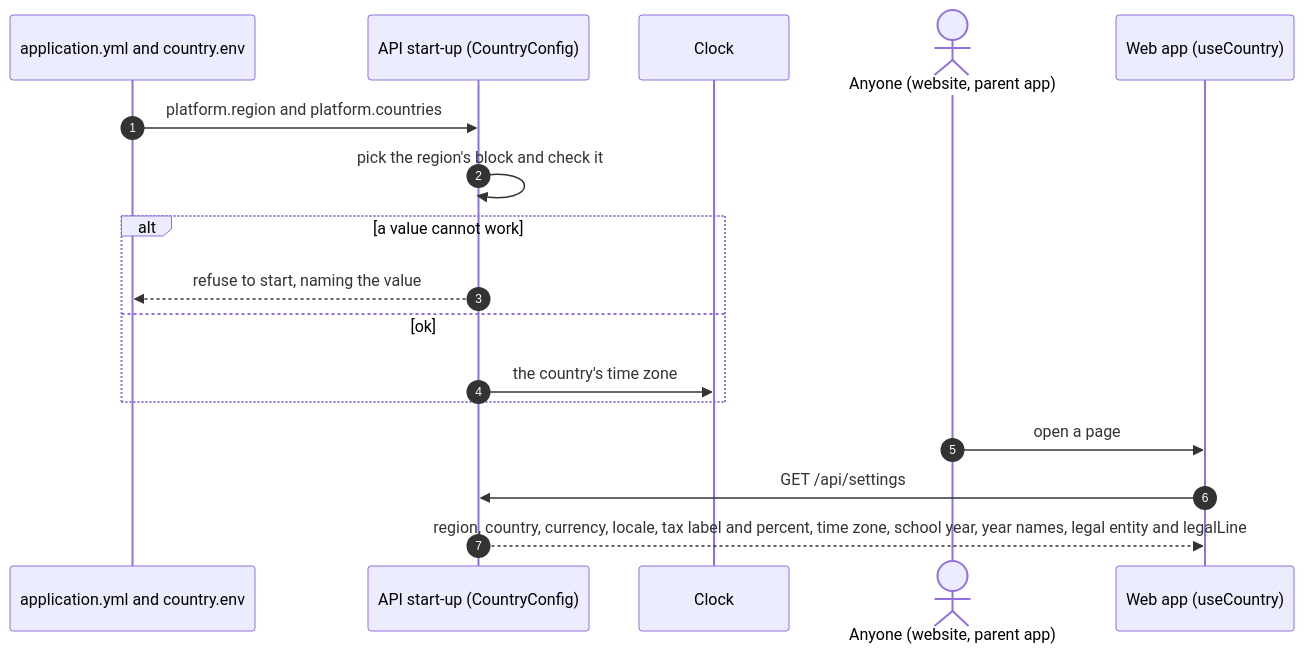
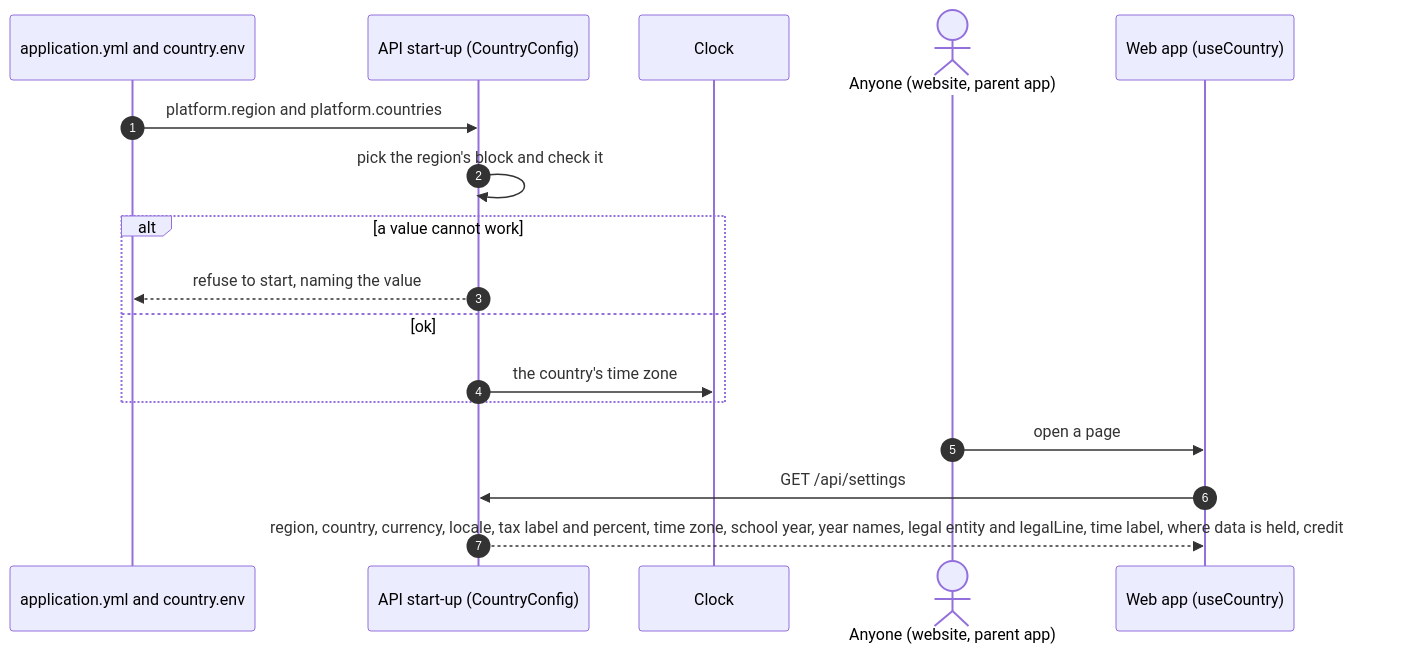
Before and after one commit to ersagarnikam/MoterMoversPlatform: the fourth of 4 diagrams in docs/flows/0-everyone.md, drawn with Mermaid. The commit also changed 3 other files, not shown here.

````diff
--- a/docs/flows/0-everyone.md
+++ b/docs/flows/0-everyone.md
@@ -175,19 +175,19 @@
 ```mermaid
 sequenceDiagram
   autonumber
   participant Y as application.yml and country.env
   participant API as API start-up (CountryConfig)
   participant C as Clock
   actor V as Anyone (website, parent app)
   participant W as Web app (useCountry)
   Y->>API: platform.region and platform.countries
   API->>API: pick the region's block and check it
   alt a value cannot work
     API-->>Y: refuse to start, naming the value
   else ok
     API->>C: the country's time zone
   end
   V->>W: open a page
   W->>API: GET /api/settings
-  API-->>W: region, country, currency, locale, tax label and percent, time zone, school year, year names, legal entity and legalLine
+  API-->>W: region, country, currency, locale, tax label and percent, time zone, school year, year names, legal entity and legalLine, time label, where data is held, credit note title
 ```
````
